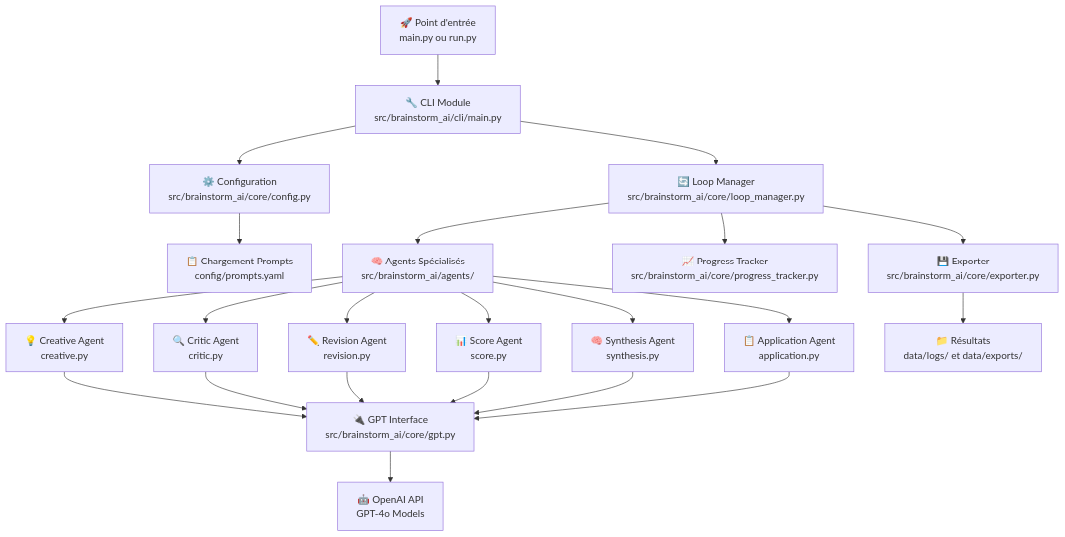
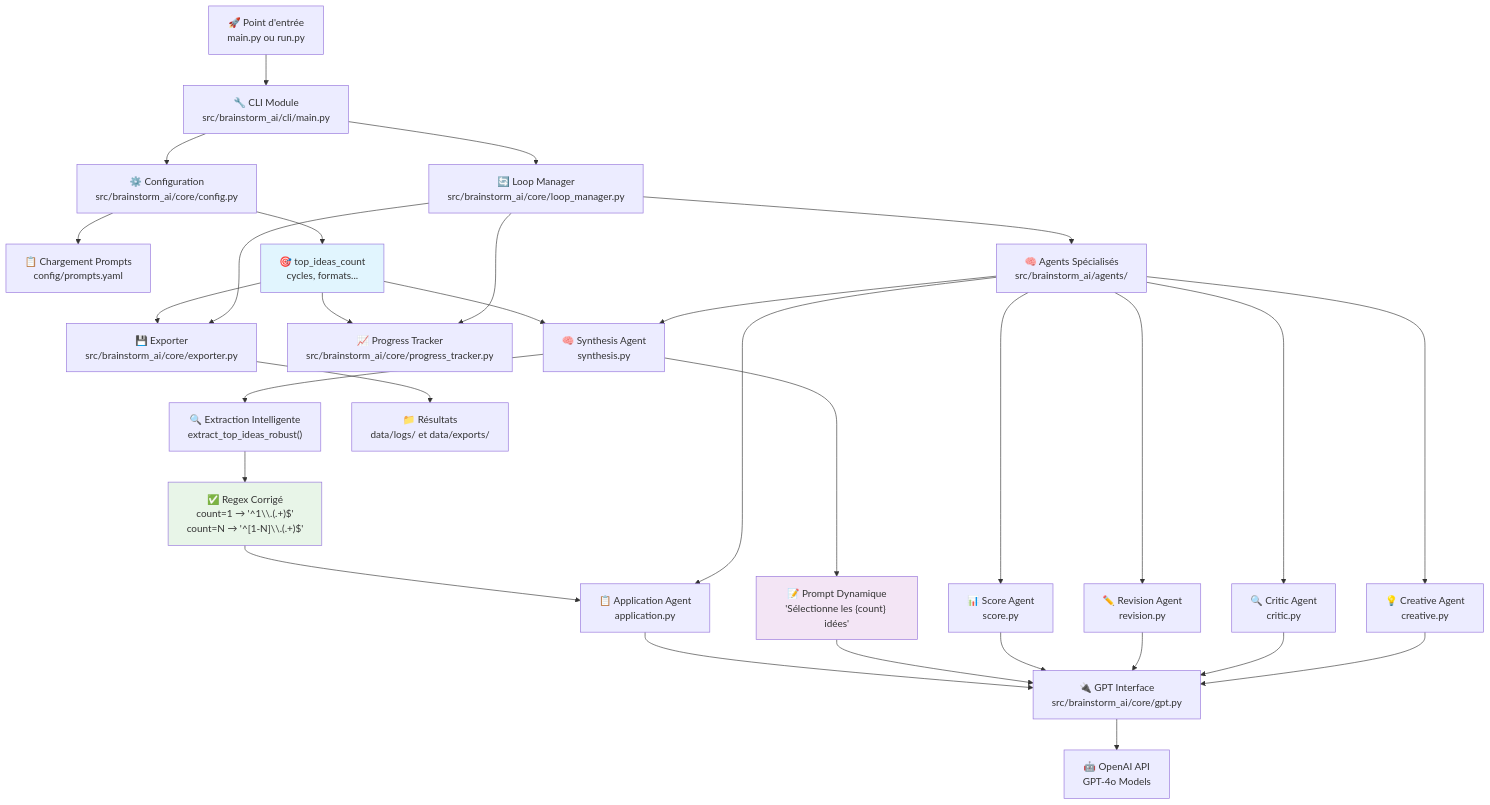
One commit to ShakaTry/brainstorm-ai changed the first of 3 diagrams in README.md. Above: the diagram before and after it, drawn with Mermaid. The commit also changed other lines of this file and 89 other files, not shown here.

````diff
--- a/README.md
+++ b/README.md
@@ -63,28 +54,43 @@
 ```mermaid
 graph TD
     A["🚀 Point d'entrée<br/>main.py ou run.py"] --> B["🔧 CLI Module<br/>src/brainstorm_ai/cli/main.py"]
     B --> C["⚙️ Configuration<br/>src/brainstorm_ai/core/config.py"]
     C --> D["📋 Chargement Prompts<br/>config/prompts.yaml"]
+    C --> C1["🎯 top_ideas_count<br/>cycles, formats..."]
     B --> E["🔄 Loop Manager<br/>src/brainstorm_ai/core/loop_manager.py"]
     
     E --> F["🧠 Agents Spécialisés<br/>src/brainstorm_ai/agents/"]
     F --> F1["💡 Creative Agent<br/>creative.py"]
     F --> F2["🔍 Critic Agent<br/>critic.py"]
     F --> F3["✏️ Revision Agent<br/>revision.py"]
     F --> F4["📊 Score Agent<br/>score.py"]
     F --> F5["🧠 Synthesis Agent<br/>synthesis.py"]
     F --> F6["📋 Application Agent<br/>application.py"]
     
+    C1 --> F5
+    F5 --> F5A["📝 Prompt Dynamique<br/>'Sélectionne les {count} idées'"]
+    
     F1 --> G["🔌 GPT Interface<br/>src/brainstorm_ai/core/gpt.py"]
     F2 --> G
     F3 --> G
     F4 --> G
-    F5 --> G
+    F5A --> G
     F6 --> G
     
     G --> H["🤖 OpenAI API<br/>GPT-4o Models"]
     
+    F5 --> L["🔍 Extraction Intelligente<br/>extract_top_ideas_robust()"]
+    L --> L1["✅ Regex Corrigé<br/>count=1 → '^1\\.(.+)$'<br/>count=N → '^[1-N]\\.(.+)$'"]
+    L1 --> F6
+    
     E --> I["📈 Progress Tracker<br/>src/brainstorm_ai/core/progress_tracker.py"]
     E --> J["💾 Exporter<br/>src/brainstorm_ai/core/exporter.py"]
     J --> K["📁 Résultats<br/>data/logs/ et data/exports/"]
+    
+    C1 --> I
+    C1 --> J
+    
+    style C1 fill:#e1f5fe
+    style F5A fill:#f3e5f5
+    style L1 fill:#e8f5e8
 ```
````
